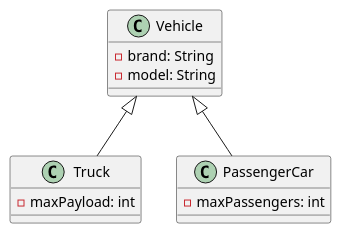
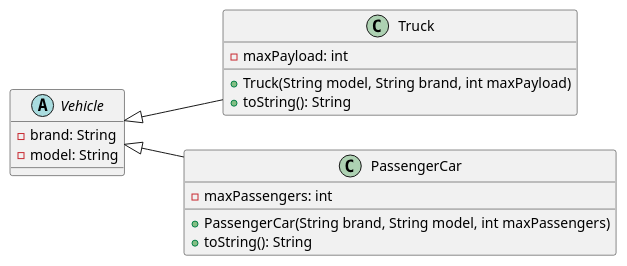
Before and after one commit to 2324-2ahitm-sew/jg02-lego-programming-bricks: the diagram in plantuml/vehicle-truck-passengercar-cld.puml, drawn with PlantUML. The commit also changed 6 other files, not shown here.

```diff
--- a/plantuml/vehicle-truck-passengercar-cld.puml
+++ b/plantuml/vehicle-truck-passengercar-cld.puml
@@ -1,19 +1,24 @@
 @startuml
+left to right direction
 
-class Vehicle {
+abstract class Vehicle {
   - brand: String
   - model: String
 }
 
 class Truck {
   - maxPayload: int
+  + Truck(String model, String brand, int maxPayload)
+  + toString(): String
 }
 
 class PassengerCar {
   - maxPassengers: int
+  + PassengerCar(String brand, String model, int maxPassengers)
+    + toString(): String
 }
 
 Vehicle <|-- Truck
 Vehicle <|-- PassengerCar
 
 @enduml
```
